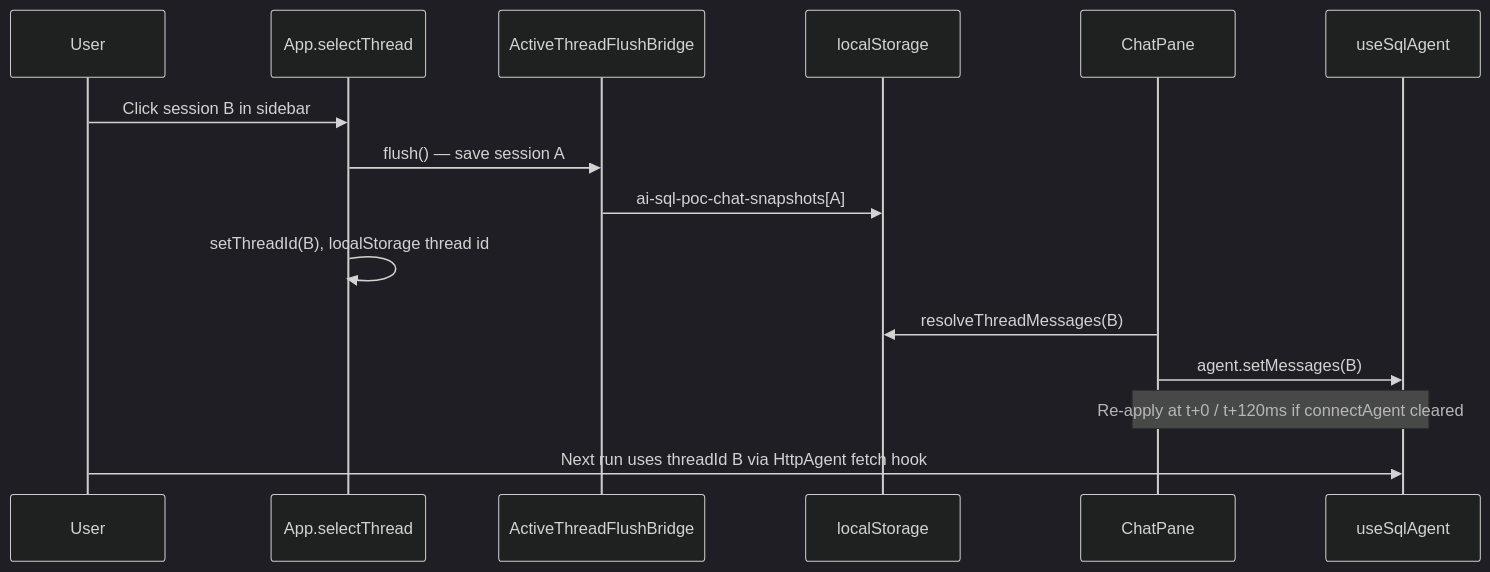
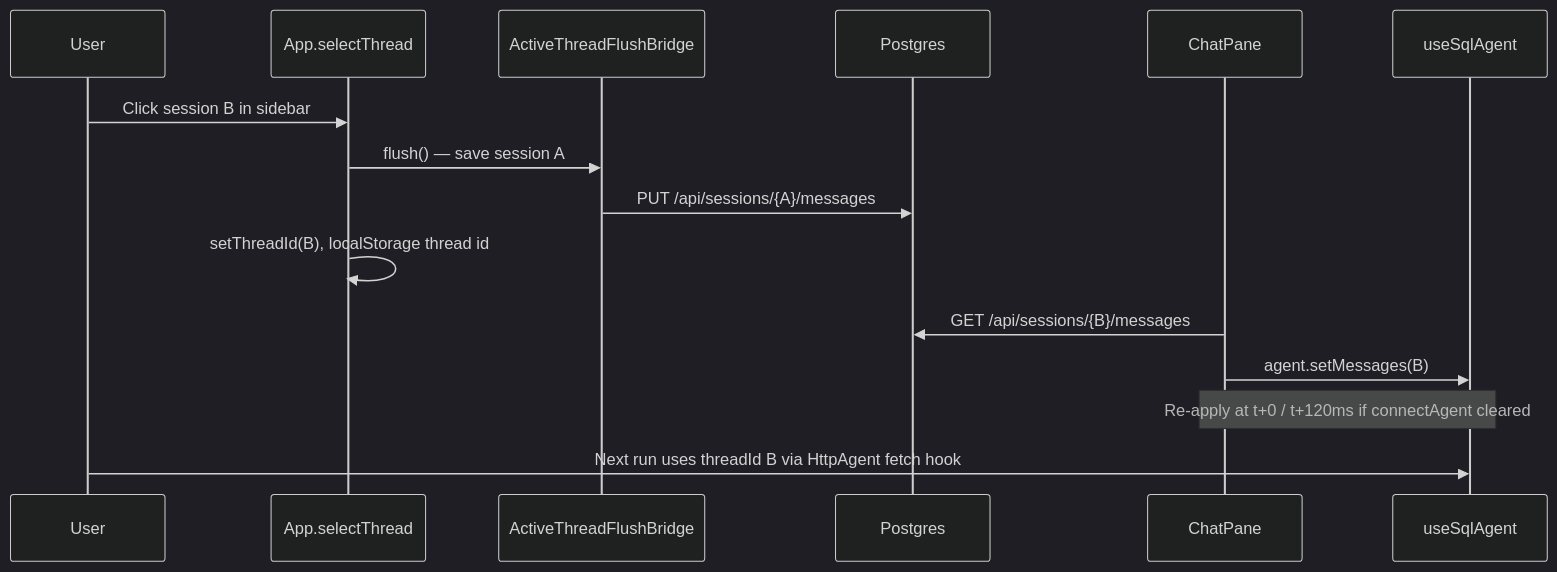
The diagram in docs/solutions/chat-memory-and-session-learnings.md (amber-siru-lin/ai-sql-poc), drawn with Mermaid (dark theme) before and after one commit. The commit also changed other lines of this file and 16 other files, not shown here.

First line of the commit message:
feat(sessions): Postgres-only chat UX and server-side append (3.6.3–3.6.3b)

````diff
--- a/docs/solutions/chat-memory-and-session-learnings.md
+++ b/docs/solutions/chat-memory-and-session-learnings.md
@@ -61,18 +64,18 @@
 ```mermaid
 sequenceDiagram
   participant User
   participant App as App.selectThread
   participant Flush as ActiveThreadFlushBridge
-  participant LS as localStorage
+  participant PG as Postgres
   participant Pane as ChatPane
   participant Agent as useSqlAgent
 
   User->>App: Click session B in sidebar
   App->>Flush: flush() — save session A
-  Flush->>LS: ai-sql-poc-chat-snapshots[A]
+  Flush->>PG: PUT /api/sessions/{A}/messages
   App->>App: setThreadId(B), localStorage thread id
-  Pane->>LS: resolveThreadMessages(B)
+  Pane->>PG: GET /api/sessions/{B}/messages
   Pane->>Agent: agent.setMessages(B)
   Note over Pane,Agent: Re-apply at t+0 / t+120ms if connectAgent cleared
   User->>Agent: Next run uses threadId B via HttpAgent fetch hook
 ```
````
